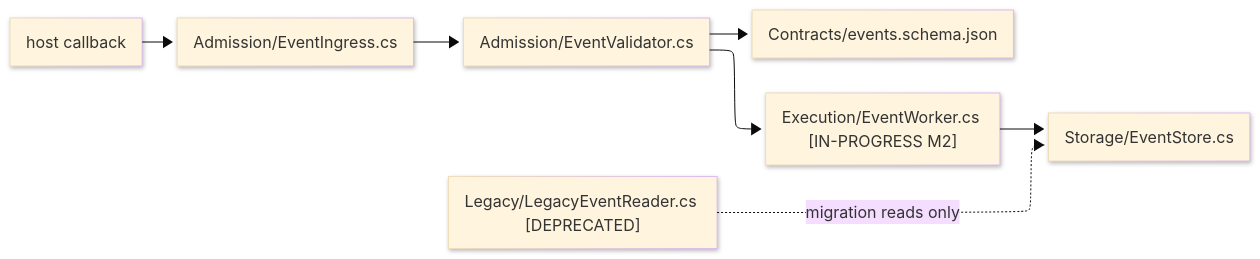
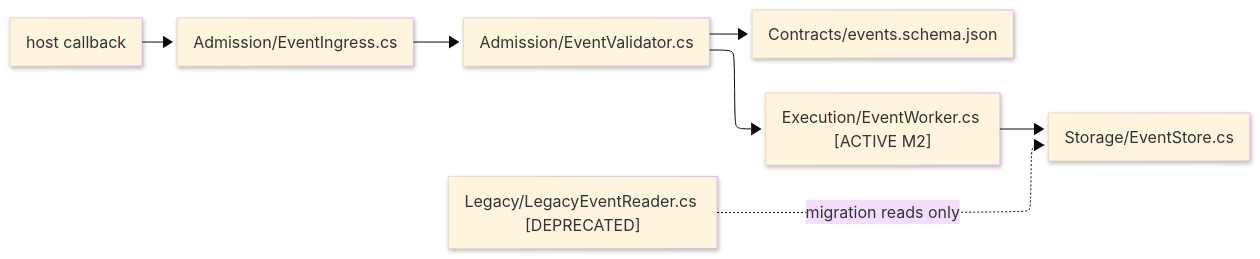
The first of 2 diagrams in docs/standards/explanation/architecture.md (bsamiee/Rasm), drawn with Mermaid before and after one commit. The commit also changed other lines of this file and 116 other files, not shown here.

````diff
--- a/docs/standards/explanation/architecture.md
+++ b/docs/standards/explanation/architecture.md
@@ -258,21 +260,21 @@
 ```mermaid
 ---
 config:
   layout: elk
   look: neo
   theme: base
   elk:
     mergeEdges: false
     nodePlacementStrategy: BRANDES_KOEPF
     cycleBreakingStrategy: GREEDY_MODEL_ORDER
 ---
 flowchart LR
     accTitle: Event pipeline code flow
     accDescr: Host events enter the admission file, validate against the generated contract, execute through the in-progress worker, and persist through the storage boundary while deprecated legacy reads remain isolated.
     Host["host callback"] --> Ingress["Admission/EventIngress.cs"]
     Ingress --> Validator["Admission/EventValidator.cs"]
     Validator --> Contract["Contracts/events.schema.json"]
-    Validator --> Worker["Execution/EventWorker.cs [IN-PROGRESS M2]"]
+Validator --> Worker["Execution/EventWorker.cs [ACTIVE M2]"]
     Worker --> Store["Storage/EventStore.cs"]
     Legacy["Legacy/LegacyEventReader.cs [DEPRECATED]"] -. "migration reads only" .-> Store
 ```
````
